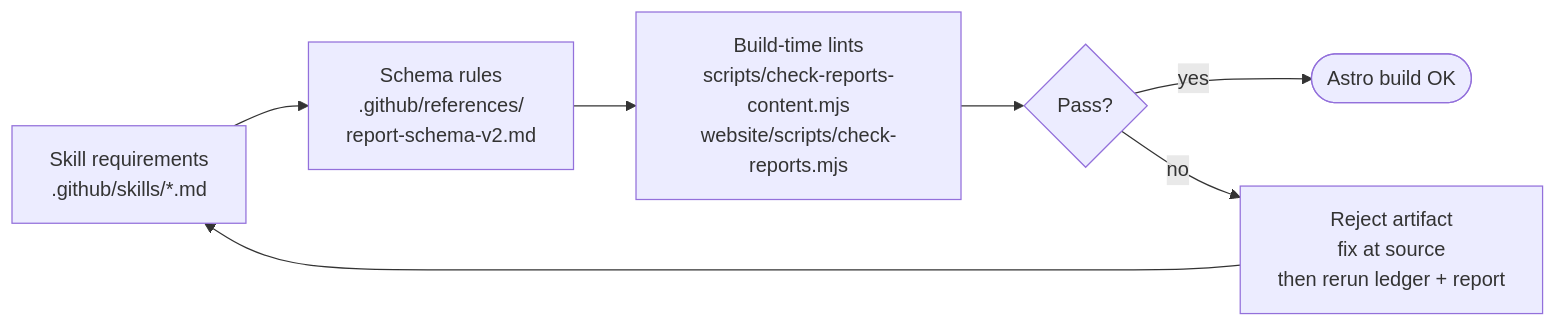
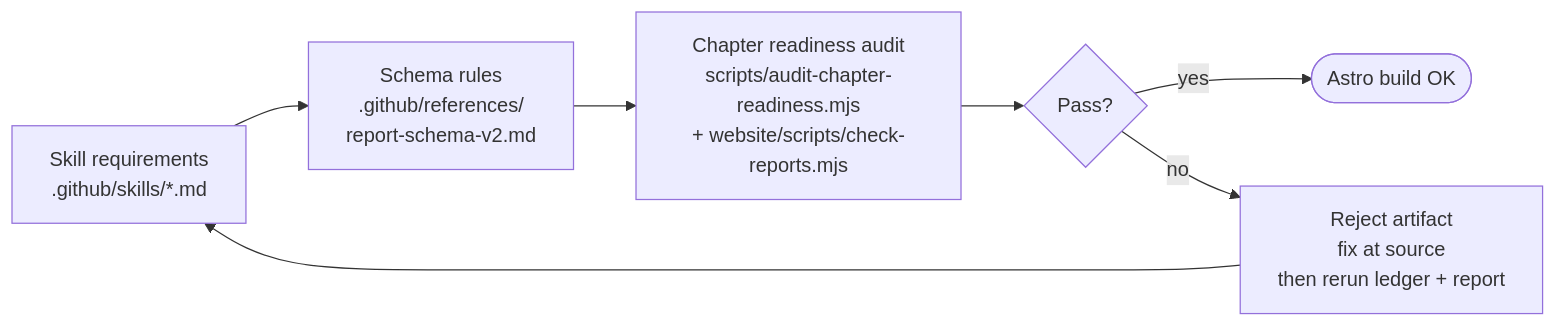
Before and after one commit to huangyingting/startup: the third of 3 diagrams in README.md, drawn with Mermaid. The commit also changed other lines of this file and 21 other files, not shown here.

````diff
--- a/README.md
+++ b/README.md
@@ -88,9 +87,9 @@
 ```mermaid
 flowchart LR
   A[Skill requirements<br/>.github/skills/*.md] --> B[Schema rules<br/>.github/references/<br/>report-schema-v2.md]
-  B --> C[Build-time lints<br/>scripts/check-reports-content.mjs<br/>website/scripts/check-reports.mjs]
+  B --> C[Chapter readiness audit<br/>scripts/audit-chapter-readiness.mjs<br/>+ website/scripts/check-reports.mjs]
   C --> D{Pass?}
   D -- yes --> Ship([Astro build OK])
   D -- no --> Fix[Reject artifact<br/>fix at source<br/>then rerun ledger + report]
   Fix --> A
 ```
````
